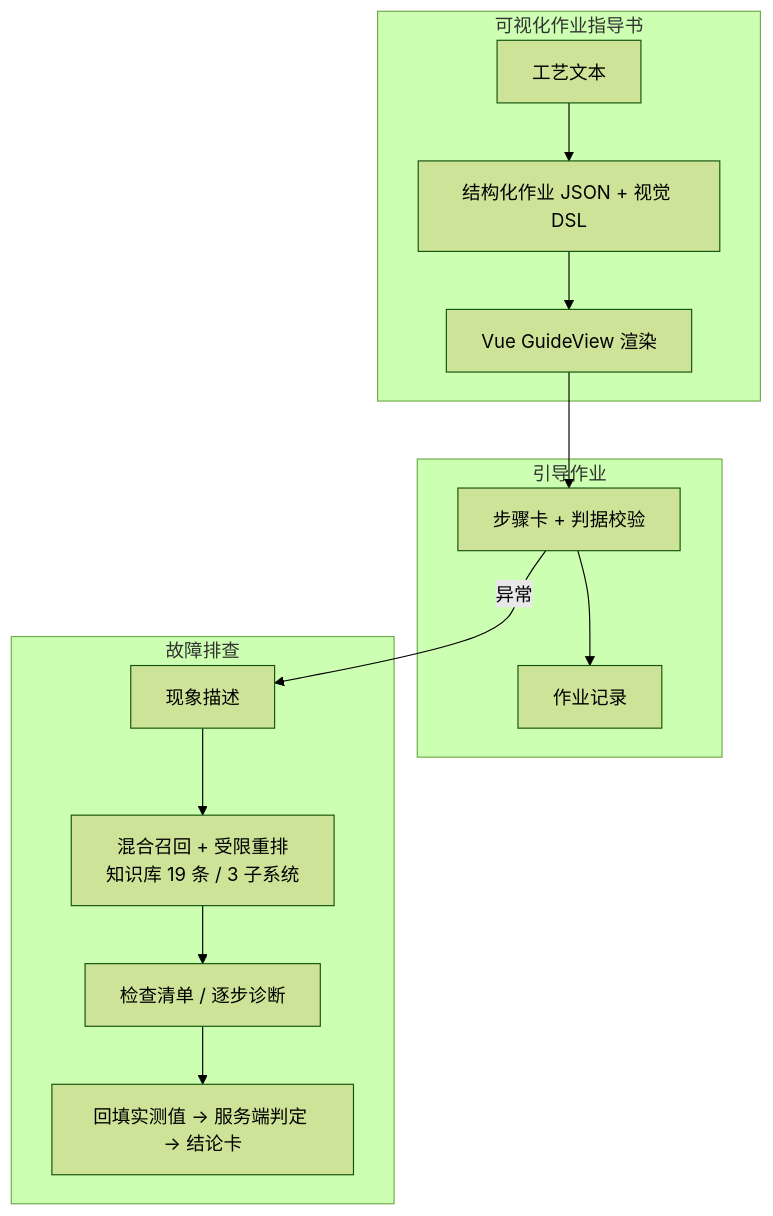
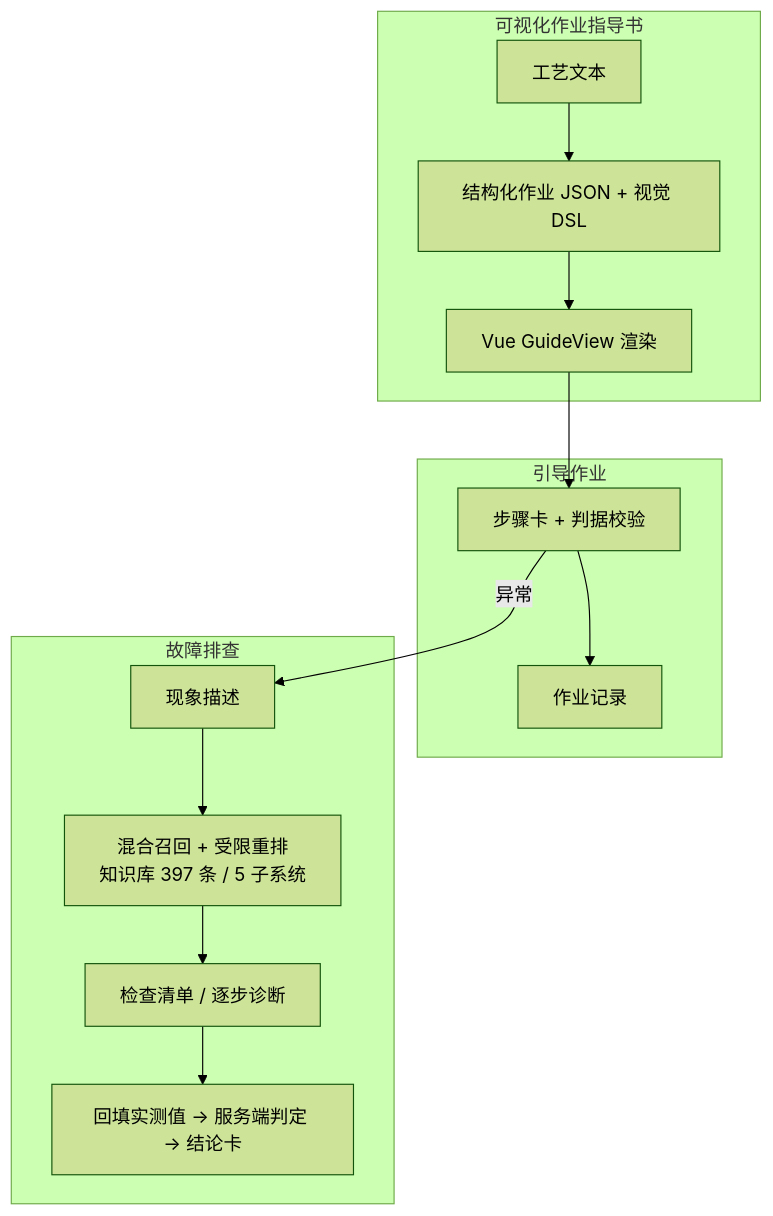
Before and after one commit to wenjian465276871-arch/matrix-hub: the fourth of 4 diagrams in docs/ARCHITECTURE.md, drawn with Mermaid (forest theme). The commit also changed other lines of this file and 39 other files, not shown here.

````diff
--- a/docs/ARCHITECTURE.md
+++ b/docs/ARCHITECTURE.md
@@ -292,17 +293,17 @@
 ```mermaid
 flowchart TB
   subgraph A2[可视化作业指导书]
     T[工艺文本] --> J[结构化作业 JSON + 视觉 DSL]
     J --> R[Vue GuideView 渲染]
   end
   subgraph A1[引导作业]
     R --> G[步骤卡 + 判据校验]
     G --> REC[作业记录]
   end
   subgraph B[故障排查]
-    P[现象描述] --> K[混合召回 + 受限重排<br/>知识库 19 条 / 3 子系统]
+    P[现象描述] --> K[混合召回 + 受限重排<br/>知识库 397 条 / 5 子系统]
     K --> D2[检查清单 / 逐步诊断]
     D2 --> C2[回填实测值 → 服务端判定 → 结论卡]
   end
   G -->|异常| P
 ```
````
